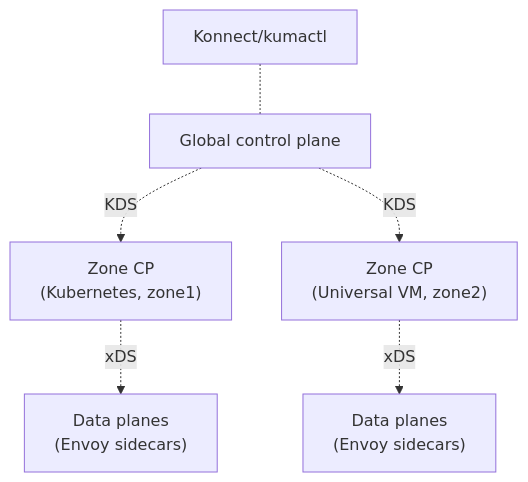
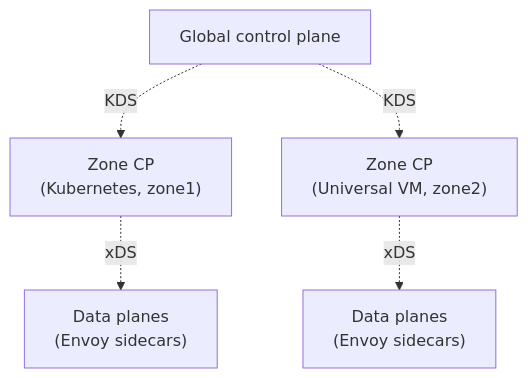
One commit to Kong/developer.konghq.com changed the first of 2 diagrams in app/mesh/architecture-overview.md. Above: the diagram before and after it, drawn with Mermaid. The commit also changed other lines of this file and 14 other files, not shown here.

```diff
--- a/app/mesh/architecture-overview.md
+++ b/app/mesh/architecture-overview.md
@@ -87,15 +81,13 @@
 {% mermaid %}
 flowchart TD
-    GUI["Konnect/kumactl"]
     GCP["Global control plane"]
     Z1CP["Zone CP<br/>(Kubernetes, zone1)"]
     Z2CP["Zone CP<br/>(Universal VM, zone2)"]
     DP1["Data planes<br/>(Envoy sidecars)"]
     DP2["Data planes<br/>(Envoy sidecars)"]
 
-    GUI -.- GCP
     GCP -.->|KDS| Z1CP
     GCP -.->|KDS| Z2CP
     Z1CP -.->|xDS| DP1
     Z2CP -.->|xDS| DP2
 {% endmermaid %}
```
